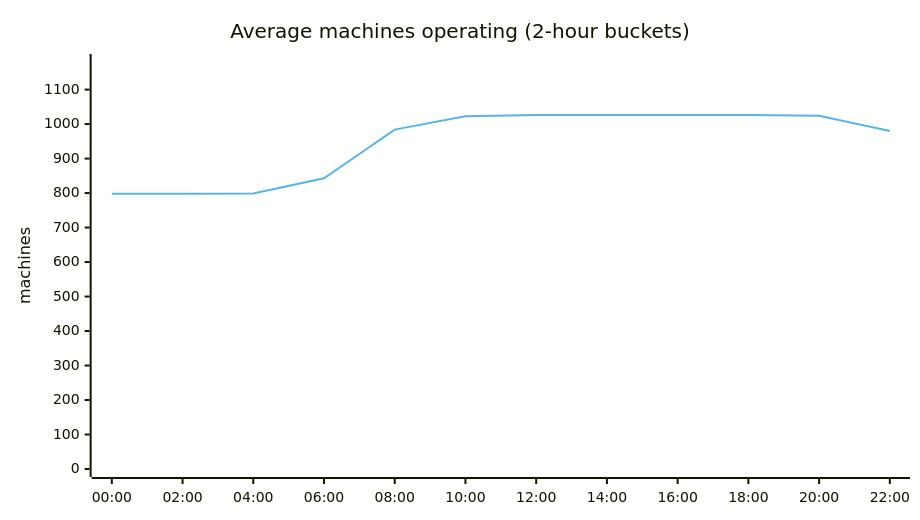
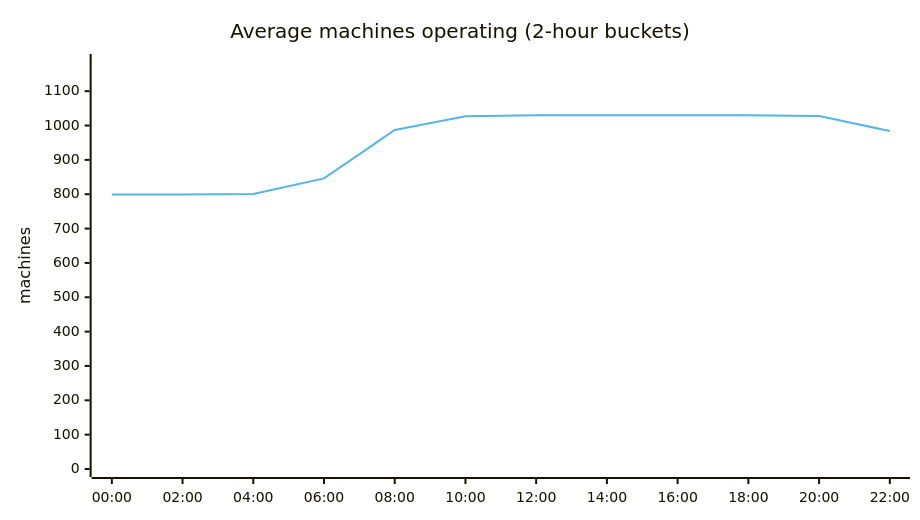
One commit to cheeaun/returnright-data changed the third of 7 diagrams in ANALYSIS.md. Above: the diagram before and after it, drawn with Mermaid. The commit also changed other lines of this file and 3 other files, not shown here.

````diff
--- a/ANALYSIS.md
+++ b/ANALYSIS.md
@@ -85,15 +85,15 @@
 ```mermaid
 ---
 config:
   themeVariables:
     xyChart:
       plotColorPalette: "#56B4E9"
   xyChart:
     width: 900
 ---
 xychart-beta
     title "Average machines operating (2-hour buckets)"
     x-axis ["00:00", "02:00", "04:00", "06:00", "08:00", "10:00", "12:00", "14:00", "16:00", "18:00", "20:00", "22:00"]
-    y-axis "machines" 0 --> 1180
-    line [798, 798, 799, 843, 984, 1023, 1026, 1026, 1026, 1026, 1024, 980]
+    y-axis "machines" 0 --> 1185
+    line [799, 799, 801, 846, 987, 1027, 1030, 1030, 1030, 1030, 1028, 984]
 ```
````
